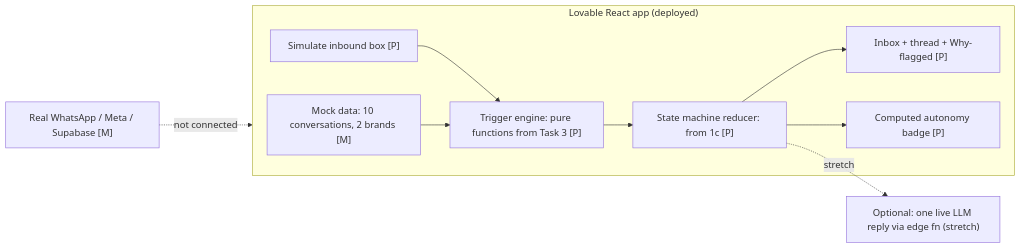
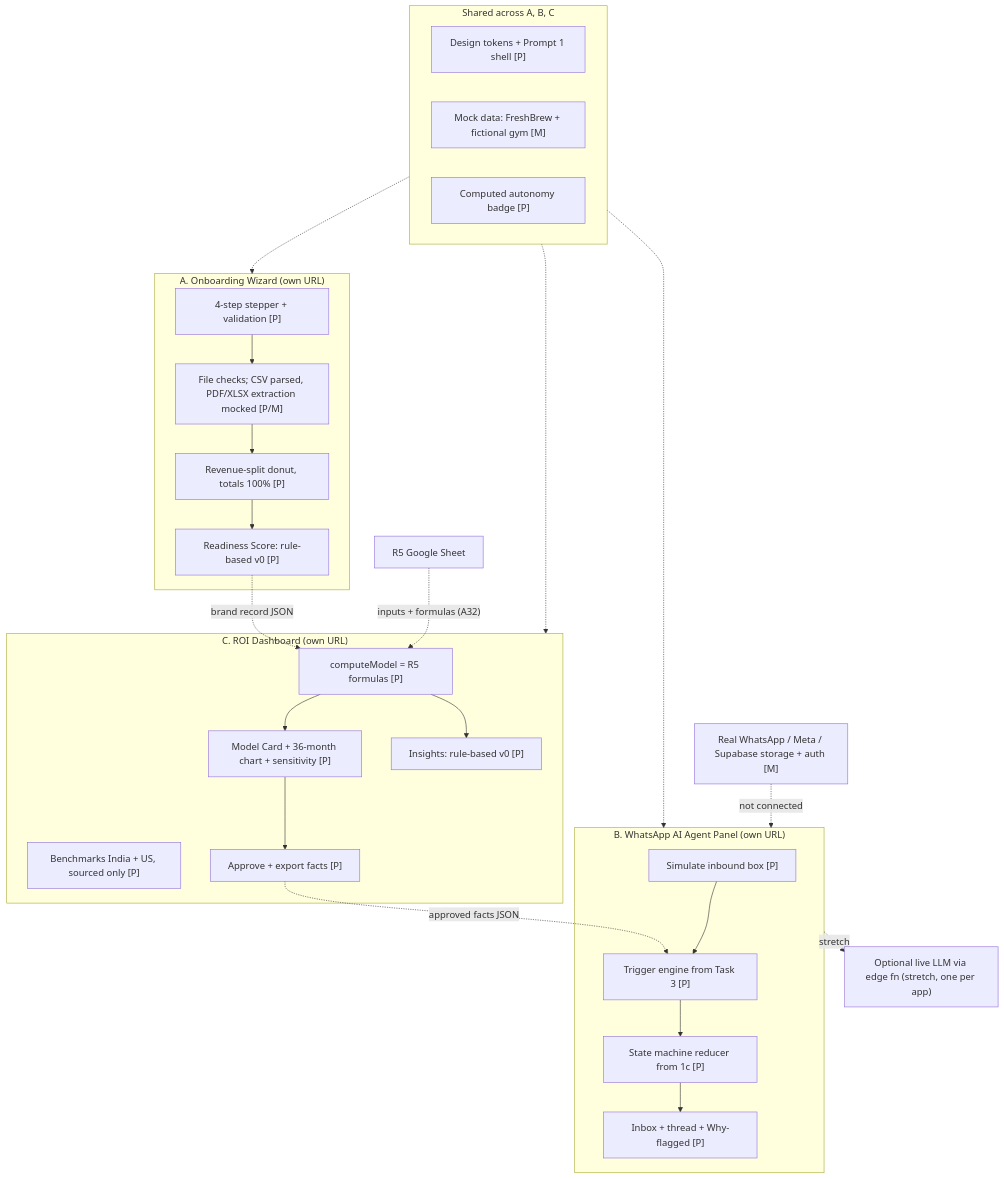
One commit to bhawnamanglapm/Franchise-in-a-Box-OS changed the sixth of 8 diagrams in docs/architecture.md. Above: the diagram before and after it, drawn with Mermaid. The commit also changed other lines of this file and 7 other files, not shown here.

First line of the commit message:
Update README, decisions, architecture and diagrams for three prototypes

````diff
--- a/docs/architecture.md
+++ b/docs/architecture.md
@@ -206,20 +206,43 @@
 ```mermaid
-flowchart LR
-  subgraph App["Lovable React app (deployed)"]
-    MOCK["Mock data: 10 conversations, 2 brands [M]"]
-    SIM["Simulate inbound box [P]"]
-    ENG["Trigger engine: pure functions from Task 3 [P]"]
-    SM["State machine reducer: from 1c [P]"]
-    INBOX["Inbox + thread + Why-flagged [P]"]
-    BADGE2["Computed autonomy badge [P]"]
+flowchart TB
+  subgraph SH["Shared across A, B, C"]
+    TOK["Design tokens + Prompt 1 shell [P]"]
+    MD["Mock data: FreshBrew + fictional gym [M]"]
+    BG["Computed autonomy badge [P]"]
   end
-  LLM2["Optional: one live LLM reply via edge fn (stretch)"]
-  WA["Real WhatsApp / Meta / Supabase [M]"]
-  SIM --> ENG
-  MOCK --> ENG
-  ENG --> SM
-  SM --> INBOX
-  SM --> BADGE2
-  SM -. "stretch" .-> LLM2
-  WA -. "not connected" .-> App
+  subgraph PA["A. Onboarding Wizard (own URL)"]
+    A1["4-step stepper + validation [P]"]
+    A2["File checks; CSV parsed, PDF/XLSX extraction mocked [P/M]"]
+    A3["Revenue-split donut, totals 100% [P]"]
+    A4["Readiness Score: rule-based v0 [P]"]
+  end
+  subgraph PC["C. ROI Dashboard (own URL)"]
+    C1["computeModel = R5 formulas [P]"]
+    C2["Model Card + 36-month chart + sensitivity [P]"]
+    C3["Benchmarks India + US, sourced only [P]"]
+    C4["Insights: rule-based v0 [P]"]
+    C5["Approve + export facts [P]"]
+  end
+  subgraph PB["B. WhatsApp AI Agent Panel (own URL)"]
+    B1["Simulate inbound box [P]"]
+    B2["Trigger engine from Task 3 [P]"]
+    B3["State machine reducer from 1c [P]"]
+    B4["Inbox + thread + Why-flagged [P]"]
+  end
+  R5S["R5 Google Sheet"]
+  LLM2["Optional live LLM via edge fn (stretch, one per app)"]
+  EXT["Real WhatsApp / Meta / Supabase storage + auth [M]"]
+  A1 --> A2 --> A3 --> A4
+  A4 -. "brand record JSON" .-> C1
+  R5S -. "inputs + formulas (A32)" .-> C1
+  C1 --> C2
+  C1 --> C4
+  C2 --> C5
+  C5 -. "approved facts JSON" .-> B2
+  B1 --> B2 --> B3 --> B4
+  SH -.-> PA
+  SH -.-> PB
+  SH -.-> PC
+  PB -. "stretch" .-> LLM2
+  EXT -. "not connected" .-> PB
 ```
````
